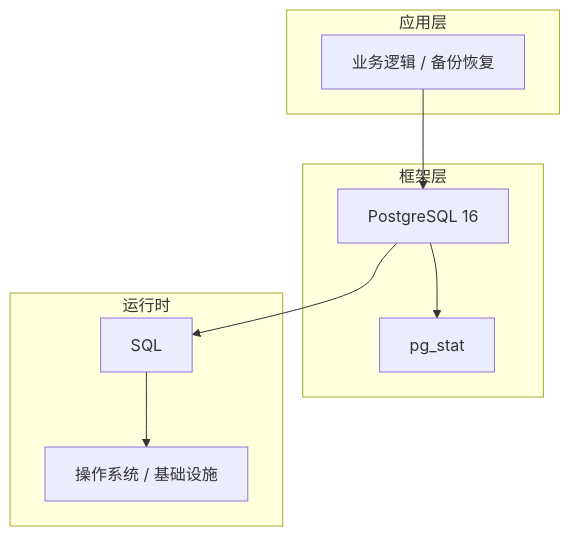
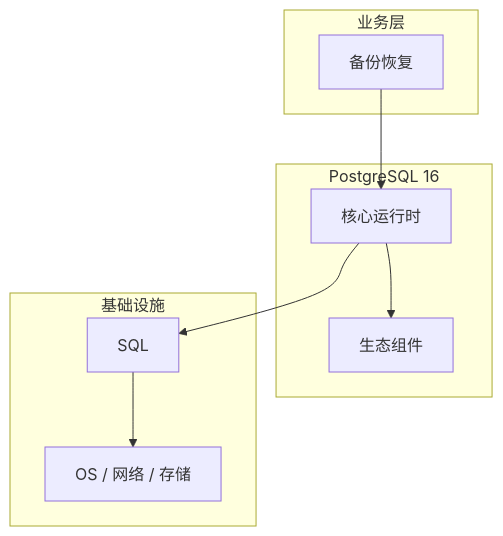
One commit to yanggan2015/knowledge-json-v2 changed the diagram in articles/PostgreSQL/chapters/091-备份恢复核心概念与原理.md. Above: the diagram before and after it, drawn with Mermaid. The commit also changed other lines of this file and 10127 other files, not shown here.

````diff
--- a/articles/PostgreSQL/chapters/091-备份恢复核心概念与原理.md
+++ b/articles/PostgreSQL/chapters/091-备份恢复核心概念与原理.md
@@ -45,18 +34,18 @@
 ```mermaid
 graph TB
-    subgraph 应用层
-        A[业务逻辑 / 备份恢复]
+    subgraph 业务层
+        A[备份恢复]
     end
-    subgraph 框架层
-        B[PostgreSQL 16]
-        C[pg_stat]
+    subgraph PostgreSQL 16
+        B[核心运行时]
+        C[生态组件]
     end
-    subgraph 运行时
+    subgraph 基础设施
         D[SQL]
-        E[操作系统 / 基础设施]
+        E[OS / 网络 / 存储]
     end
     A --> B
     B --> C
     B --> D
     D --> E
 ```
````
